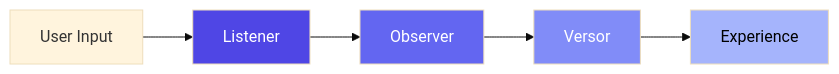
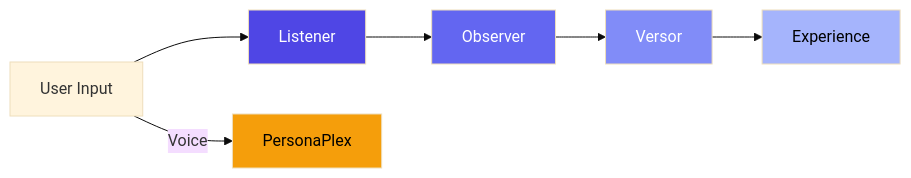
The diagram in docs/src/modules/index.md (jrgochan/l_o_v_e), drawn with Mermaid (base theme) before and after one commit. The commit also changed other lines of this file and 97 other files, not shown here.

````diff
--- a/docs/src/modules/index.md
+++ b/docs/src/modules/index.md
@@ -9,11 +9,13 @@
 ```mermaid
 graph LR
     A[User Input] --> B[Listener]
     B --> C[Observer]
     C --> D[Versor]
     D --> E[Experience]
+    A -->|Voice| F[PersonaPlex]
     style B fill:#4f46e5,color:#fff
     style C fill:#6366f1,color:#fff
     style D fill:#818cf8,color:#fff
     style E fill:#a5b4fc,color:#000
+    style F fill:#f59e0b,color:#000
 ```
````
